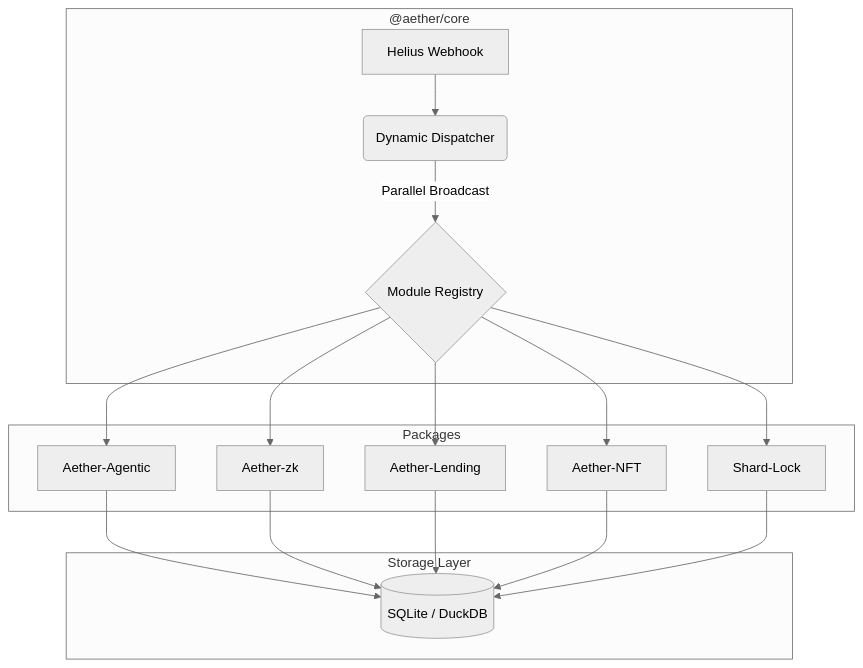
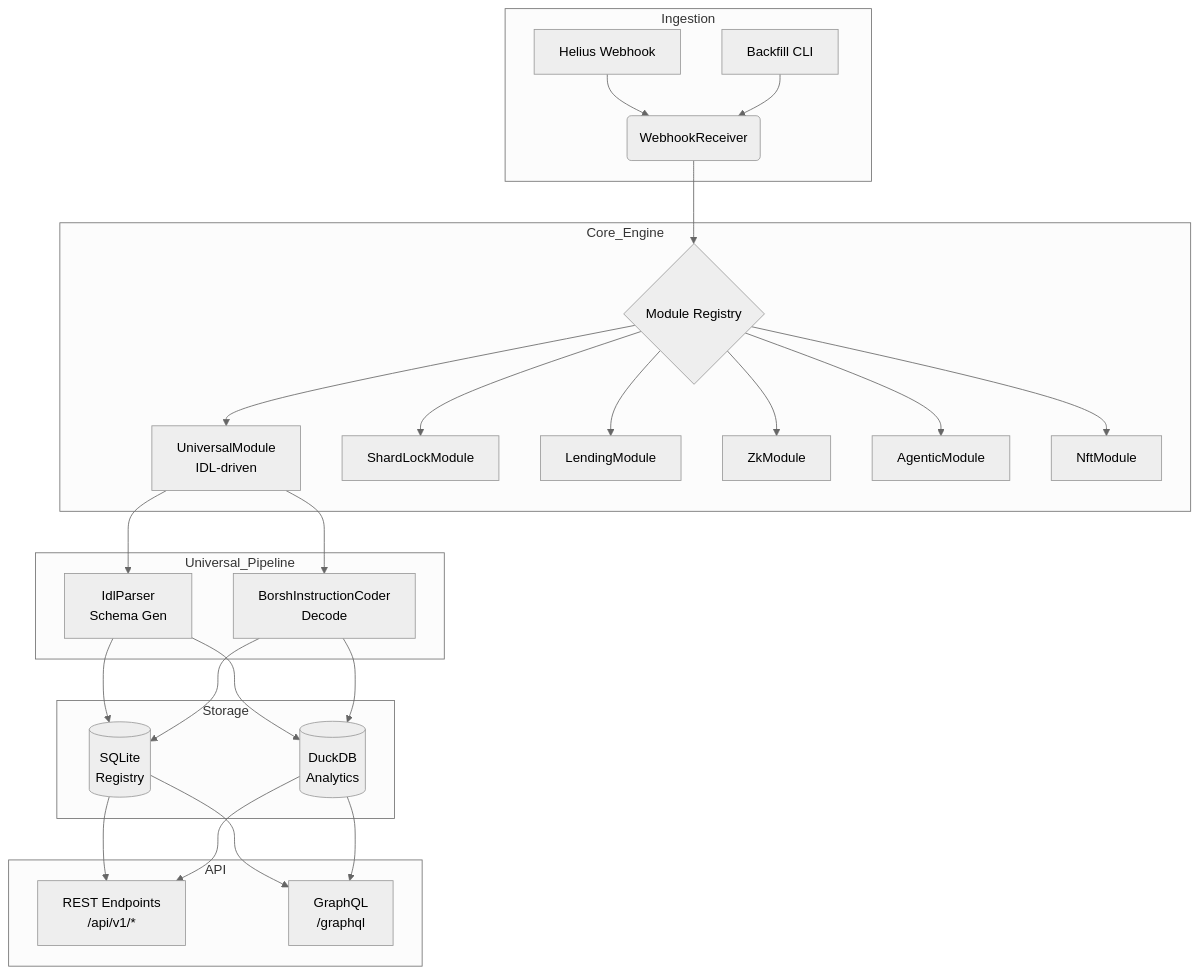
The diagram in README.md (RYthaGOD/Aether-Index), drawn with Mermaid (neutral theme) before and after one commit. The commit also changed other lines of this file and 13 other files, not shown here.

Commit message:
feat: finalize universal indexer, dynamic schemas, and technical highlights for bounty submission

````diff
--- a/README.md
+++ b/README.md
@@ -13,19 +44,34 @@
 ```mermaid
 graph TD
-    subgraph Core_Engine ["@aether/core"]
-        A[Helius Webhook] --> B(Dynamic Dispatcher)
-        B -- Parallel Broadcast --> C{Module Registry}
+    subgraph Ingestion
+        A[Helius Webhook] --> B(WebhookReceiver)
+        C[Backfill CLI] --> B
     end
 
-    subgraph Sovereign_Modules ["Packages"]
-        C --> D[Aether-Agentic]
-        C --> E[Aether-zk]
-        C --> F[Aether-Lending]
-        C --> G[Aether-NFT]
-        C --> H[Shard-Lock]
+    subgraph Core_Engine
+        B --> D{Module Registry}
+        D --> E[UniversalModule<br/>IDL-driven]
+        D --> F[ShardLockModule]
+        D --> G[LendingModule]
+        D --> H[ZkModule]
+        D --> I[AgenticModule]
+        D --> J[NftModule]
     end
 
-    subgraph Persistence ["Storage Layer"]
-        D & E & F & G & H --> I[(SQLite / DuckDB)]
+    subgraph Universal_Pipeline
+        E --> K[IdlParser<br/>Schema Gen]
+        E --> L[BorshInstructionCoder<br/>Decode]
     end
+
+    subgraph Storage
+        K & L --> M[(SQLite<br/>Registry)]
+        K & L --> N[(DuckDB<br/>Analytics)]
+    end
+
+    subgraph API
+        O[REST Endpoints<br/>/api/v1/*]
+        P[GraphQL<br/>/graphql]
+    end
+
+    M & N --> O & P
 ```
````
